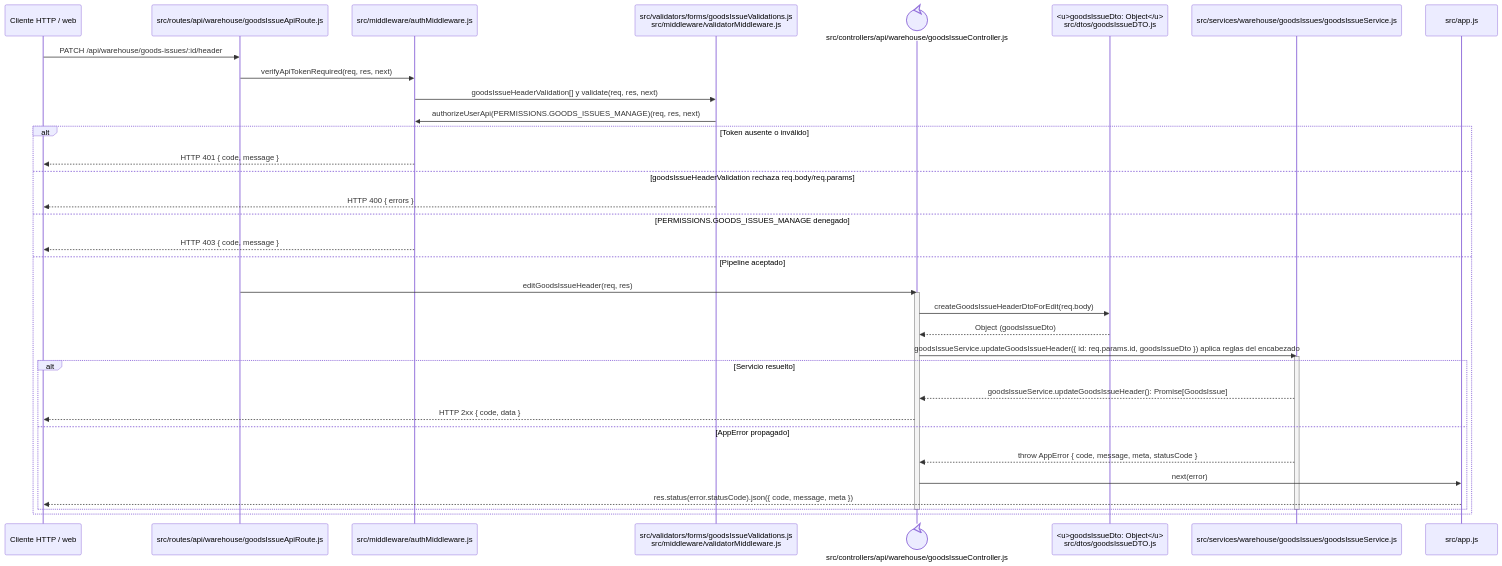
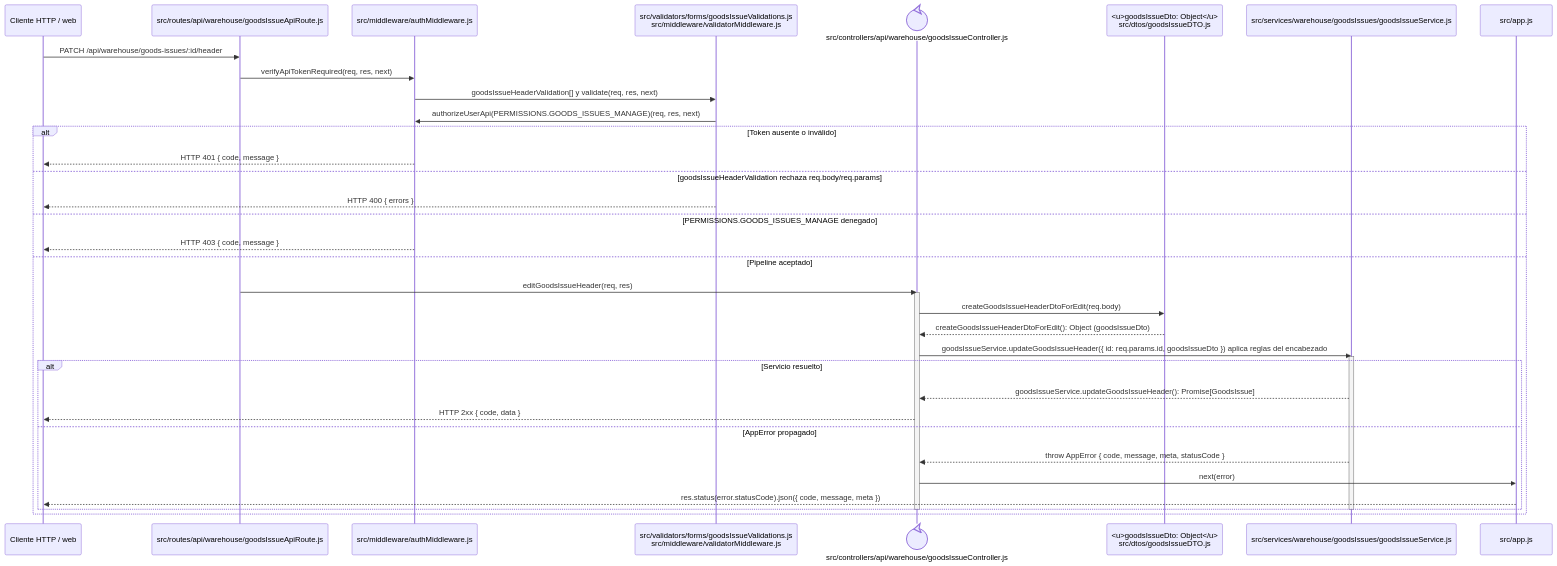
One commit to gpgsistemas01/nexus changed the diagram in docs/architecture/backend-code-sequences/issues/cu-sal-03.md. Above: the diagram before and after it, drawn with Mermaid. The commit also changed 50 other files, not shown here.

Commit message:
docs: separar llamadas en diagramas de secuencia

````diff
--- a/docs/architecture/backend-code-sequences/issues/cu-sal-03.md
+++ b/docs/architecture/backend-code-sequences/issues/cu-sal-03.md
@@ -6,40 +6,40 @@
 ```mermaid
 sequenceDiagram
     participant Client as Cliente HTTP / web
     participant Route as src/routes/api/warehouse/goodsIssueApiRoute.js
     participant Auth as src/middleware/authMiddleware.js
     participant Validator as src/validators/forms/goodsIssueValidations.js<br/>src/middleware/validatorMiddleware.js
     participant Controller@{ "type": "control" } as src/controllers/api/warehouse/goodsIssueController.js
     participant IssueDto as <u>goodsIssueDto: Object</u><br/>src/dtos/goodsIssueDTO.js
     participant Domain as src/services/warehouse/goodsIssues/goodsIssueService.js
     participant ErrorHandler as src/app.js
 
     Client->>Route: PATCH /api/warehouse/goods-issues/:id/header
     Route->>Auth: verifyApiTokenRequired(req, res, next)
     Auth->>Validator: goodsIssueHeaderValidation[] y validate(req, res, next)
     Validator->>Auth: authorizeUserApi(PERMISSIONS.GOODS_ISSUES_MANAGE)(req, res, next)
     alt Token ausente o inválido
         Auth-->>Client: HTTP 401 { code, message }
     else goodsIssueHeaderValidation rechaza req.body/req.params
         Validator-->>Client: HTTP 400 { errors }
     else PERMISSIONS.GOODS_ISSUES_MANAGE denegado
         Auth-->>Client: HTTP 403 { code, message }
     else Pipeline aceptado
         Route->>Controller: editGoodsIssueHeader(req, res)
         activate Controller
         Controller->>IssueDto: createGoodsIssueHeaderDtoForEdit(req.body)
-        IssueDto-->>Controller: Object (goodsIssueDto)
+        IssueDto-->>Controller: createGoodsIssueHeaderDtoForEdit(): Object (goodsIssueDto)
         Controller->>Domain: goodsIssueService.updateGoodsIssueHeader({ id: req.params.id, goodsIssueDto }) aplica reglas del encabezado
         activate Domain
         alt Servicio resuelto
             Domain-->>Controller: goodsIssueService.updateGoodsIssueHeader(): Promise[GoodsIssue]
             Controller-->>Client: HTTP 2xx { code, data }
         else AppError propagado
             Domain-->>Controller: throw AppError { code, message, meta, statusCode }
             Controller->>ErrorHandler: next(error)
             ErrorHandler-->>Client: res.status(error.statusCode).json({ code, message, meta })
         end
         deactivate Domain
         deactivate Controller
     end
 ```
````
